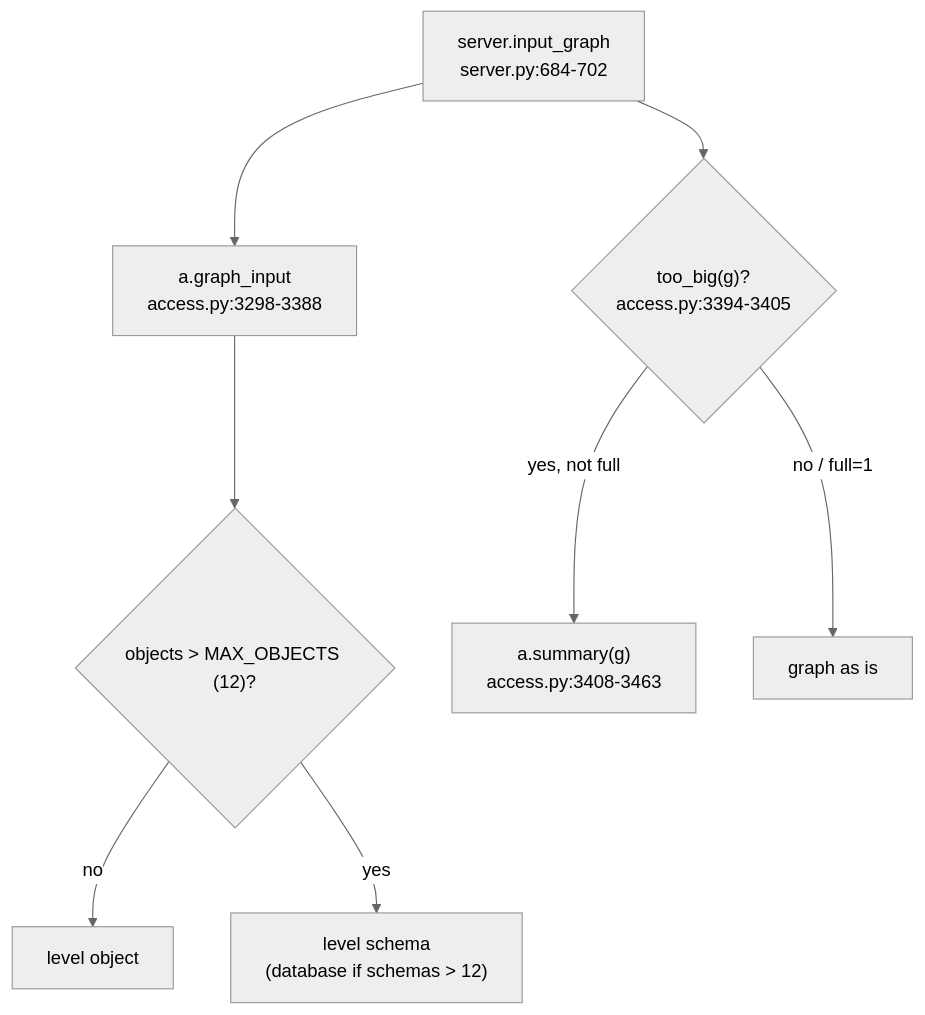
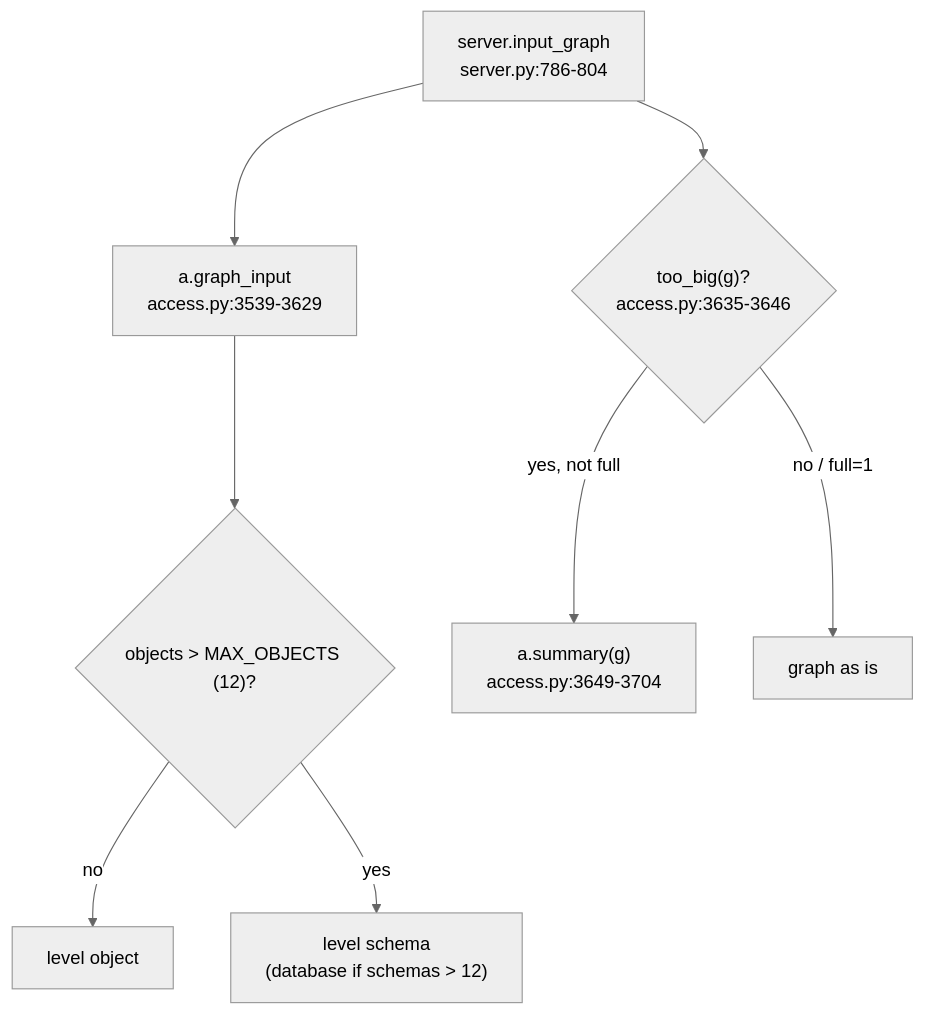
The diagram in snowflake-access-explorer-knowledge-graph/logic/graph-input.md (darshanmeel/snowflake-access-explorer), drawn with Mermaid (neutral theme) before and after one commit. The commit also changed other lines of this file and 82 other files, not shown here.

Commit message:
Knowledge graph: parts store, two-stage load, background refresh, DuckDB rule walk, kept rule results, review fixes (to 448bdbb)

````diff
--- a/snowflake-access-explorer-knowledge-graph/logic/graph-input.md
+++ b/snowflake-access-explorer-knowledge-graph/logic/graph-input.md
@@ -6,10 +6,10 @@
 ```mermaid
 flowchart TD
-  IG["server.input_graph<br/>server.py:684-702"] --> GI["a.graph_input<br/>access.py:3298-3388"]
+  IG["server.input_graph<br/>server.py:786-804"] --> GI["a.graph_input<br/>access.py:3539-3629"]
   GI --> LV{"objects > MAX_OBJECTS (12)?"}
   LV -- no --> OBJ[level object]
   LV -- yes --> SC["level schema<br/>(database if schemas > 12)"]
-  IG --> TB{"too_big(g)?<br/>access.py:3394-3405"}
-  TB -- "yes, not full" --> SU["a.summary(g)<br/>access.py:3408-3463"]
+  IG --> TB{"too_big(g)?<br/>access.py:3635-3646"}
+  TB -- "yes, not full" --> SU["a.summary(g)<br/>access.py:3649-3704"]
   TB -- "no / full=1" --> RAW[graph as is]
 ```
````
